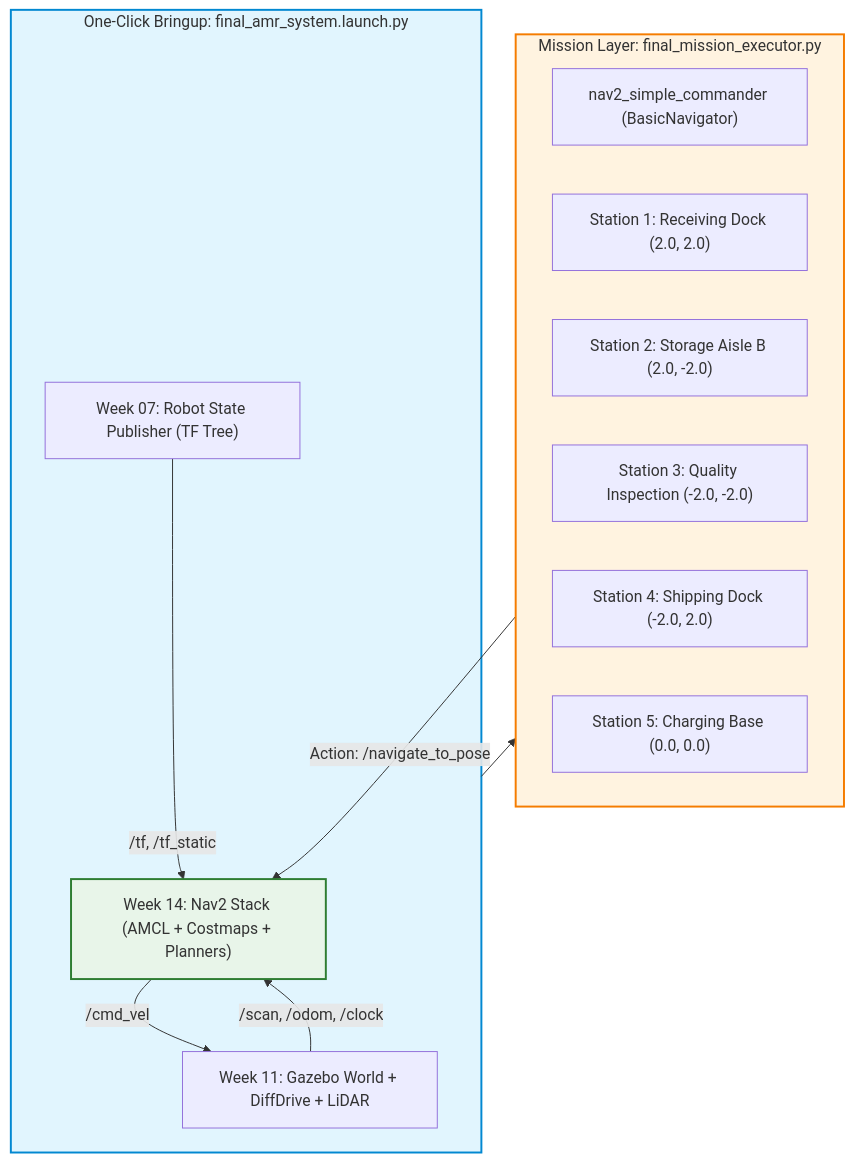
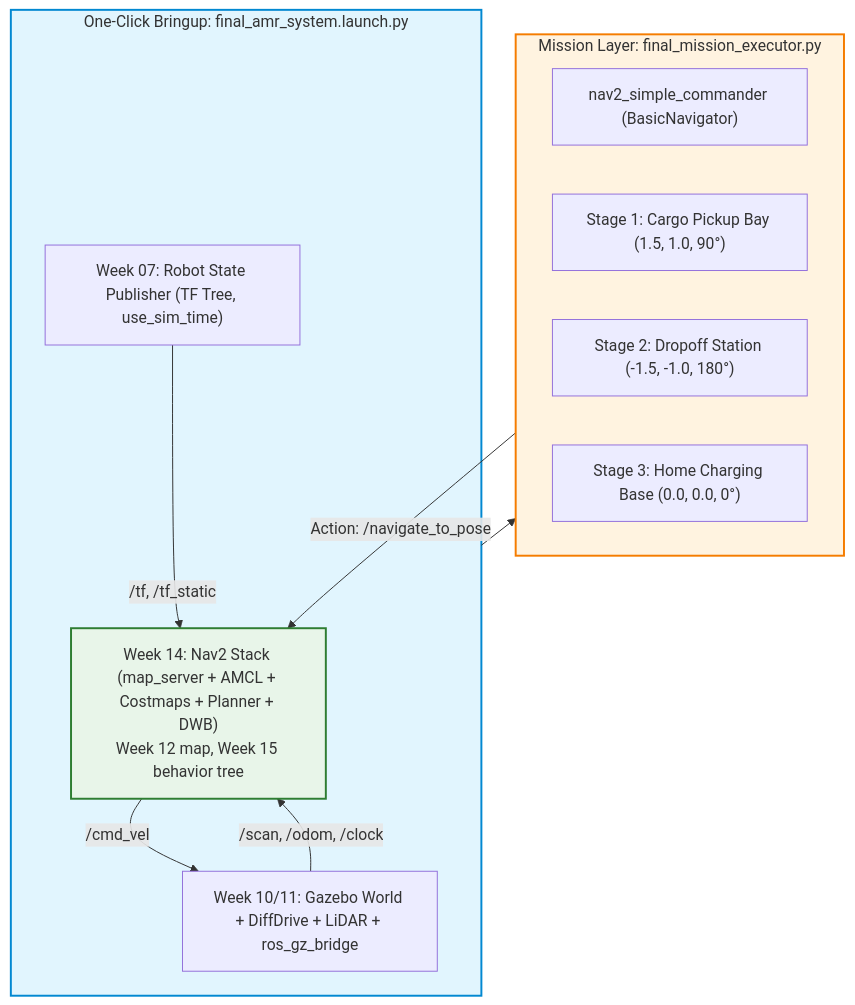
Before and after one commit to alfaXphoori/ros2: the diagram in Essential_ROS/Week_16_Final_Demonstration/Readme.md, drawn with Mermaid. The commit also changed other lines of this file and 425 other files, not shown here.

````diff
--- a/Essential_ROS/Week_16_Final_Demonstration/Readme.md
+++ b/Essential_ROS/Week_16_Final_Demonstration/Readme.md
@@ -31,27 +31,25 @@
 ```mermaid
 flowchart TD
     subgraph LaunchSystem ["One-Click Bringup: final_amr_system.launch.py"]
-        GazeboBringup["Week 11: Gazebo World + DiffDrive + LiDAR"]
-        URDFBringup["Week 07: Robot State Publisher (TF Tree)"]
-        Nav2Bringup["Week 14: Nav2 Stack (AMCL + Costmaps + Planners)"]
+        GazeboBringup["Week 10/11: Gazebo World + DiffDrive + LiDAR + ros_gz_bridge"]
+        URDFBringup["Week 07: Robot State Publisher (TF Tree, use_sim_time)"]
+        Nav2Bringup["Week 14: Nav2 Stack (map_server + AMCL + Costmaps + Planner + DWB)<br/>Week 12 map, Week 15 behavior tree"]
     end
 
     subgraph MissionControl ["Mission Layer: final_mission_executor.py"]
         NavAPI["nav2_simple_commander (BasicNavigator)"]
-        WP1["Station 1: Receiving Dock (2.0, 2.0)"]
-        WP2["Station 2: Storage Aisle B (2.0, -2.0)"]
-        WP3["Station 3: Quality Inspection (-2.0, -2.0)"]
-        WP4["Station 4: Shipping Dock (-2.0, 2.0)"]
-        WP5["Station 5: Charging Base (0.0, 0.0)"]
+        WP1["Stage 1: Cargo Pickup Bay (1.5, 1.0, 90°)"]
+        WP2["Stage 2: Dropoff Station (-1.5, -1.0, 180°)"]
+        WP3["Stage 3: Home Charging Base (0.0, 0.0, 0°)"]
     end
 
     LaunchSystem --> MissionControl
     MissionControl -->|"Action: /navigate_to_pose"| Nav2Bringup
     Nav2Bringup -->|"/cmd_vel"| GazeboBringup
     GazeboBringup -->|"/scan, /odom, /clock"| Nav2Bringup
     URDFBringup -->|"/tf, /tf_static"| Nav2Bringup
 
     style LaunchSystem fill:#e1f5fe,stroke:#0288d1,stroke-width:2px
     style MissionControl fill:#fff3e0,stroke:#f57c00,stroke-width:2px
     style Nav2Bringup fill:#e8f5e9,stroke:#2e7d32,stroke-width:2px
 ```
````
